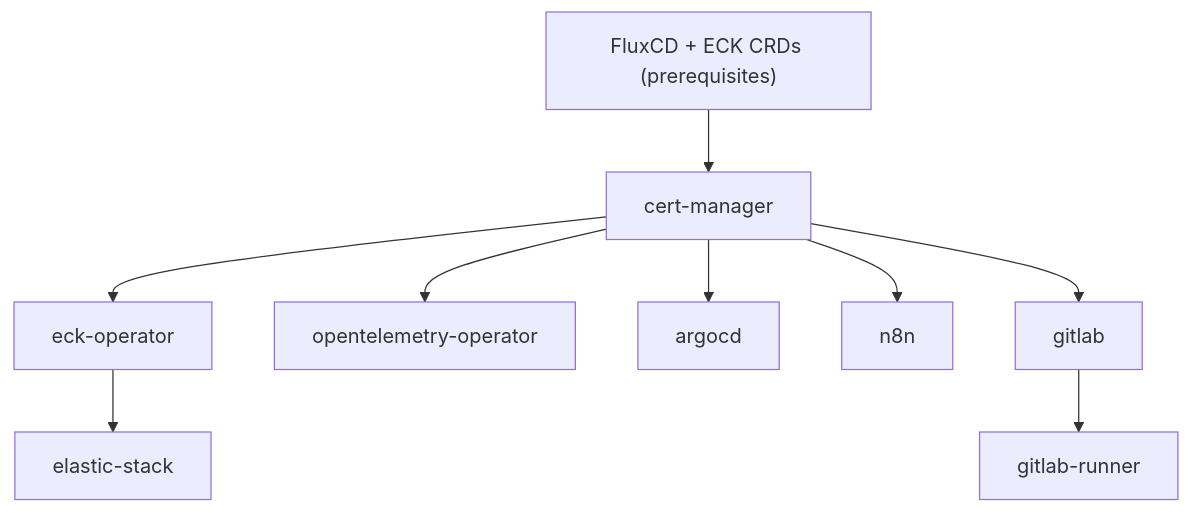
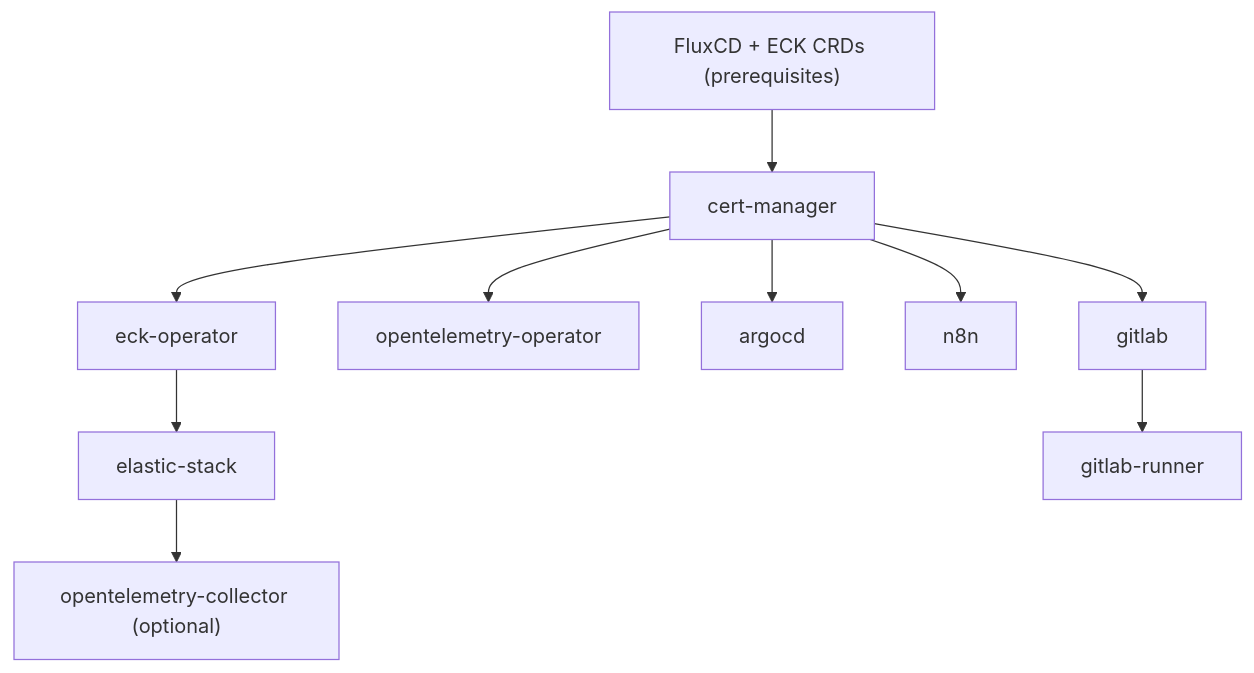
One commit to opscontinuum/flux-base changed the second of 2 diagrams in README.md. Above: the diagram before and after it, drawn with Mermaid. The commit also changed other lines of this file and 8 other files, not shown here.

First line of the commit message:
Optional OpenTelemetry Collector gateway, with Elasticsearch set up end to end (#1)

````diff
--- a/README.md
+++ b/README.md
@@ -729,11 +854,12 @@
 ```mermaid
 flowchart TD
     PRE["FluxCD + ECK CRDs (prerequisites)"] --> CM[cert-manager]
     CM --> ECK[eck-operator]
     ECK --> ES[elastic-stack]
     CM --> OTEL[opentelemetry-operator]
+    ES --> GW["opentelemetry-collector (optional)"]
     CM --> ARGO[argocd]
     CM --> N8N[n8n]
     CM --> GL[gitlab]
     GL --> GLR[gitlab-runner]
 ```
````
